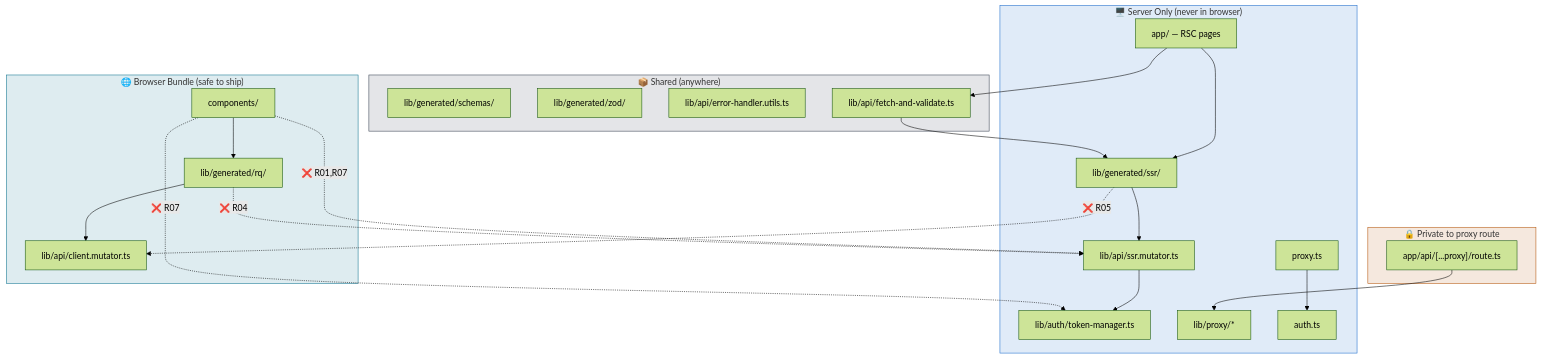
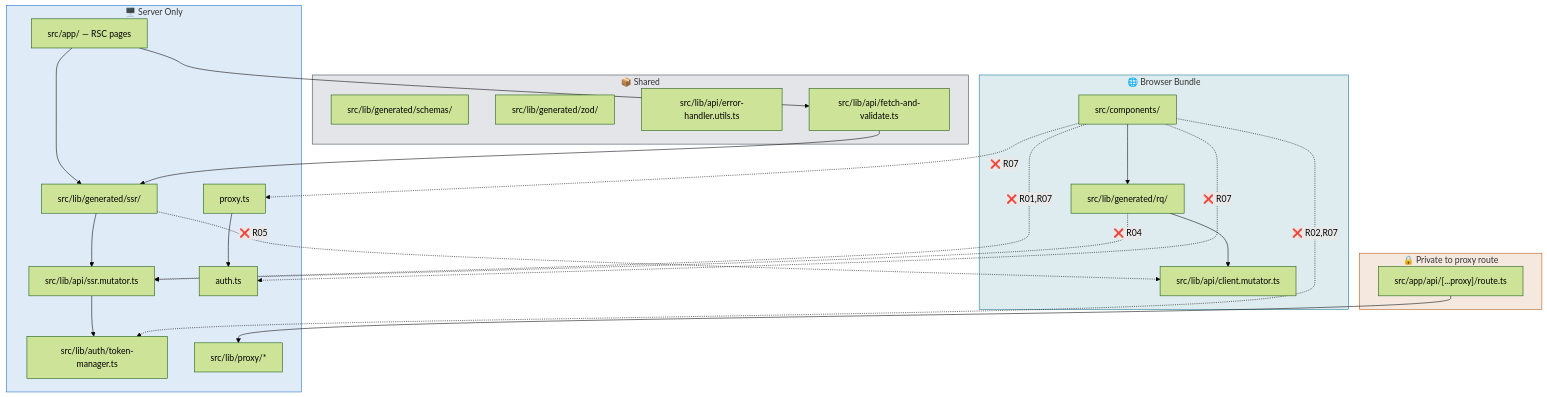
Before and after one commit to gokerDEV/bff-pattern: the diagram in docs/design/v10-architecture-rules.md, drawn with Mermaid (forest theme). The commit also changed other lines of this file, not shown here.

Commit message:
docs: align architecture rules with config

````diff
--- a/docs/design/v10-architecture-rules.md
+++ b/docs/design/v10-architecture-rules.md
@@ -22,47 +24,48 @@
 ```mermaid
 graph TD
-    subgraph browser["🌐 Browser Bundle (safe to ship)"]
-        comp["components/"]
-        rq["lib/generated/rq/"]
-        cm["lib/api/client.mutator.ts"]
+    subgraph browser["🌐 Browser Bundle"]
+        comp["src/components/"]
+        rq["src/lib/generated/rq/"]
+        cm["src/lib/api/client.mutator.ts"]
     end
 
-    subgraph server["🖥️ Server Only (never in browser)"]
-        rsc["app/ — RSC pages"]
-        ssr["lib/generated/ssr/"]
-        sm["lib/api/ssr.mutator.ts"]
-        tm["lib/auth/token-manager.ts"]
-        proxy_lib["lib/proxy/*"]
+    subgraph server["🖥️ Server Only"]
+        rsc["src/app/ — RSC pages"]
+        ssr["src/lib/generated/ssr/"]
+        sm["src/lib/api/ssr.mutator.ts"]
+        tm["src/lib/auth/token-manager.ts"]
+        proxy_lib["src/lib/proxy/*"]
         auth_ts["auth.ts"]
         proxy_ts["proxy.ts"]
     end
 
-    subgraph shared["📦 Shared (anywhere)"]
-        types["lib/generated/schemas/"]
-        zod["lib/generated/zod/"]
-        err["lib/api/error-handler.utils.ts"]
-        fav["lib/api/fetch-and-validate.ts"]
+    subgraph shared["📦 Shared"]
+        types["src/lib/generated/schemas/"]
+        zod["src/lib/generated/zod/"]
+        err["src/lib/api/error-handler.utils.ts"]
+        fav["src/lib/api/fetch-and-validate.ts"]
     end
 
     subgraph locked["🔒 Private to proxy route"]
-        proxy_route["app/api/[...proxy]/route.ts"]
+        proxy_route["src/app/api/[...proxy]/route.ts"]
         proxy_lib
     end
 
     comp --> rq --> cm
     rsc --> ssr --> sm --> tm
     rsc --> fav --> ssr
     proxy_ts --> auth_ts
     proxy_route --> proxy_lib
 
-    %% Forbidden (shown as red X)
     comp -. "❌ R01,R07" .-> sm
-    comp -. "❌ R07" .-> tm
+    comp -. "❌ R02,R07" .-> tm
+    comp -. "❌ R07" .-> auth_ts
+    comp -. "❌ R07" .-> proxy_ts
     rq -. "❌ R04" .-> sm
     ssr -. "❌ R05" .-> cm
 
     style browser fill:#0e749022,stroke:#0e7490
     style server fill:#1a6bcc22,stroke:#1a6bcc
     style shared fill:#37415122,stroke:#374151
     style locked fill:#b4530922,stroke:#b45309
 ```
````
